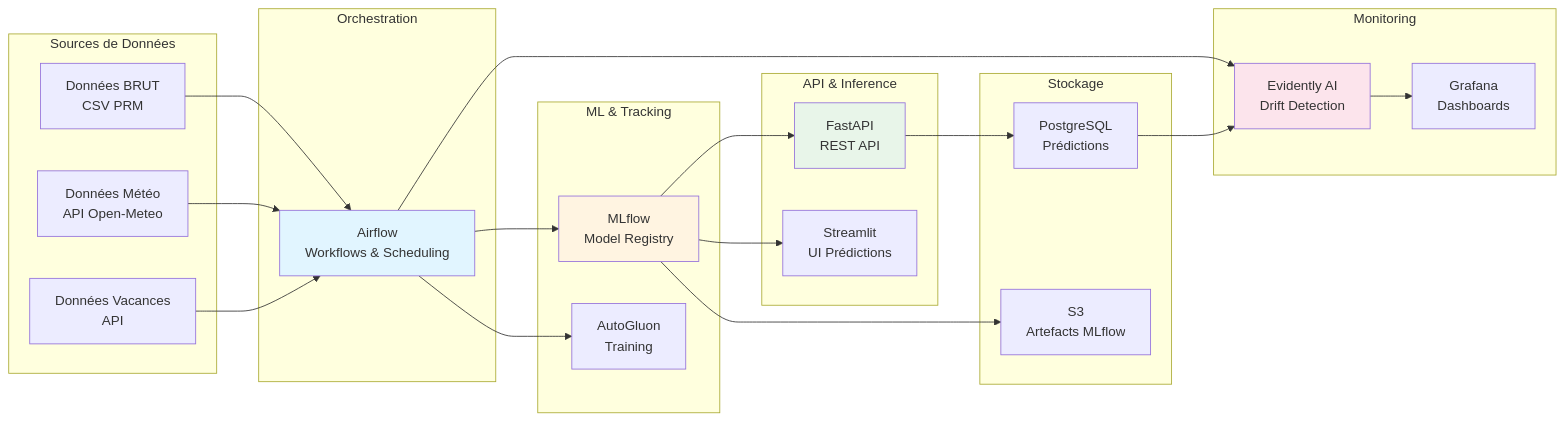
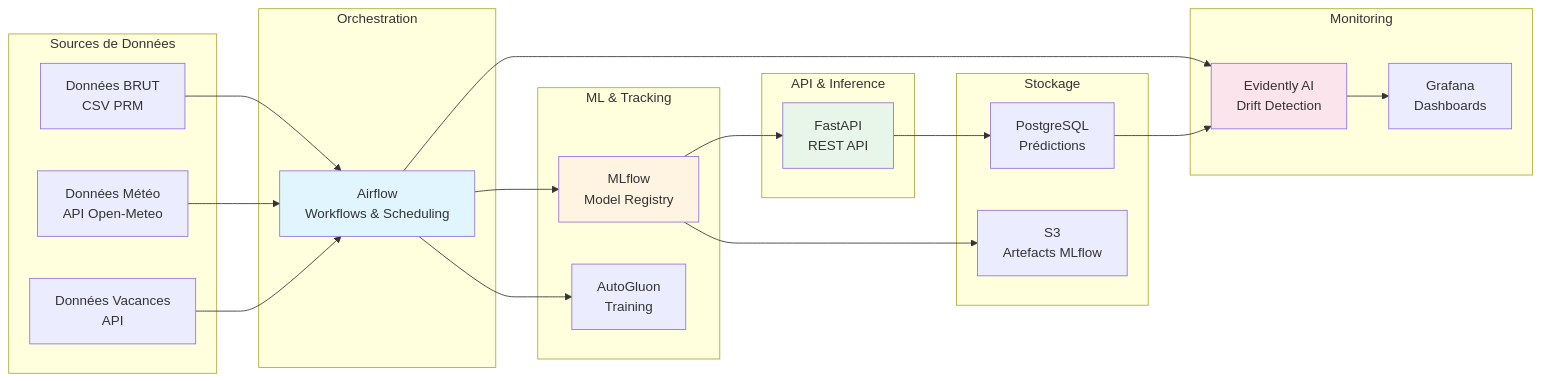
One commit to jinsudai/jinsudai changed the first of 6 diagrams in Services/docsify/docs/architecture-globale.md. Above: the diagram before and after it, drawn with Mermaid. The commit also changed other lines of this file and 9 other files, not shown here.

````diff
--- a/Services/docsify/docs/architecture-globale.md
+++ b/Services/docsify/docs/architecture-globale.md
@@ -5,50 +5,48 @@
 ```mermaid
 graph LR
     subgraph "Sources de Données"
         A[Données BRUT<br/>CSV PRM]
         B[Données Météo<br/>API Open-Meteo]
         C[Données Vacances<br/>API]
     end
 
     subgraph "Orchestration"
         D[Airflow<br/>Workflows & Scheduling]
     end
 
     subgraph "ML & Tracking"
         F[MLflow<br/>Model Registry]
         G[AutoGluon<br/>Training]
     end
 
     subgraph "API & Inference"
         H[FastAPI<br/>REST API]
-        I[Streamlit<br/>UI Prédictions]
     end
 
     subgraph "Monitoring"
         J[Evidently AI<br/>Drift Detection]
         K[Grafana<br/>Dashboards]
     end
 
     subgraph "Stockage"
         L[PostgreSQL<br/>Prédictions]
         M[S3<br/>Artefacts MLflow]
     end
 
     A --> D
     B --> D
     C --> D
     D --> F
     D --> G
     F --> H
-    F --> I
     H --> L
     D --> J
     J --> K
     F --> M
     L --> J
 
     style D fill:#e1f5ff
     style F fill:#fff4e1
     style H fill:#e8f5e9
     style J fill:#fce4ec
 ```
````
